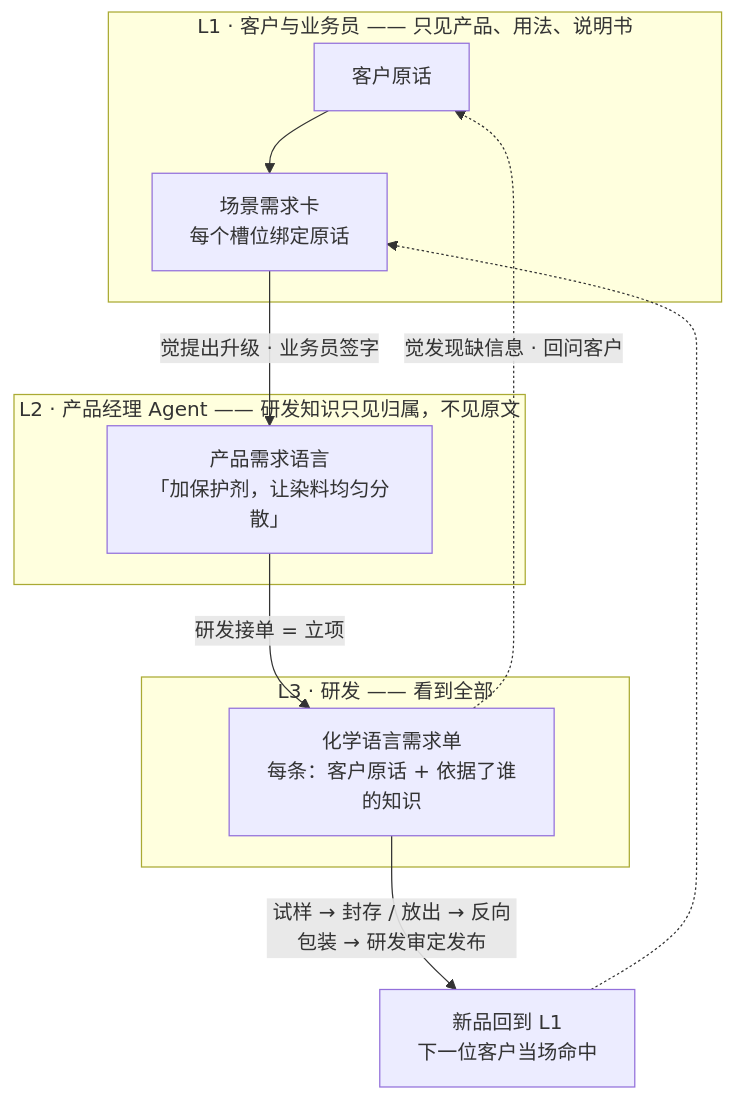
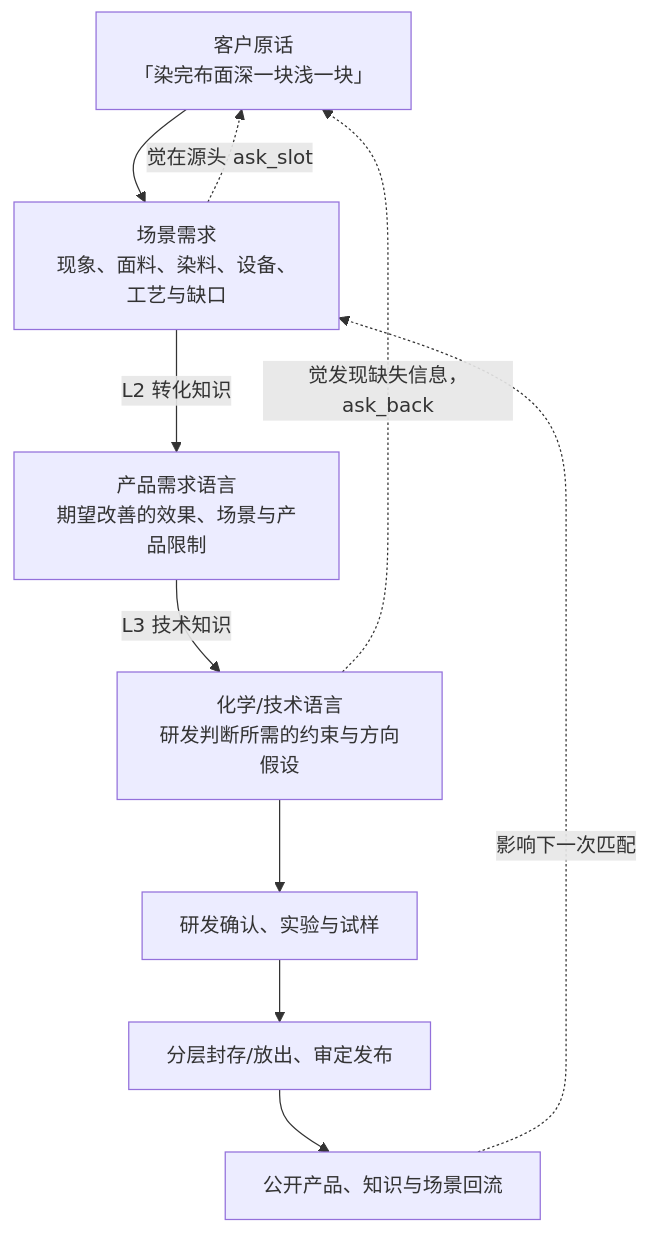
Before and after one commit to Deliaru/Hua-Yan: the second of 6 diagrams in README.md, drawn with Mermaid. The commit also changed other lines of this file and 21 other files, not shown here.

````diff
--- a/README.md
+++ b/README.md
@@ -319,17 +288,12 @@
 ```mermaid
 flowchart TB
-    subgraph L1["L1 · 客户与业务员 —— 只见产品、用法、说明书"]
-        C1["客户原话"] --> N["场景需求卡<br/>每个槽位绑定原话"]
-    end
-    subgraph L2["L2 · 产品经理 Agent —— 研发知识只见归属，不见原文"]
-        PR["产品需求语言<br/>「加保护剂，让染料均匀分散」"]
-    end
-    subgraph L3["L3 · 研发 —— 看到全部"]
-        CH["化学语言需求单<br/>每条：客户原话 + 依据了谁的知识"]
-    end
-    N -->|觉提出升级 · 业务员签字| PR
-    PR -->|研发接单 = 立项| CH
-    CH -.->|觉发现缺信息 · 回问客户| C1
-    CH -->|试样 → 封存 / 放出 → 反向包装 → 研发审定发布| NEW["新品回到 L1<br/>下一位客户当场命中"]
-    NEW -.-> N
+    C["客户原话<br/>「染完布面深一块浅一块」"] --> L1["场景需求<br/>现象、面料、染料、设备、工艺与缺口"]
+    L1 -->|L2 转化知识| L2["产品需求语言<br/>期望改善的效果、场景与产品限制"]
+    L2 -->|L3 技术知识| L3["化学/技术语言<br/>研发判断所需的约束与方向假设"]
+    L3 --> V["研发确认、实验与试样"]
+    V --> PUB["分层封存/放出、审定发布"]
+    PUB --> BACK["公开产品、知识与场景回流"]
+    BACK -.->|影响下一次匹配| L1
+    L3 -.->|觉发现缺失信息，ask_back| C
+    L1 -.->|觉在源头 ask_slot| C
 ```
````
